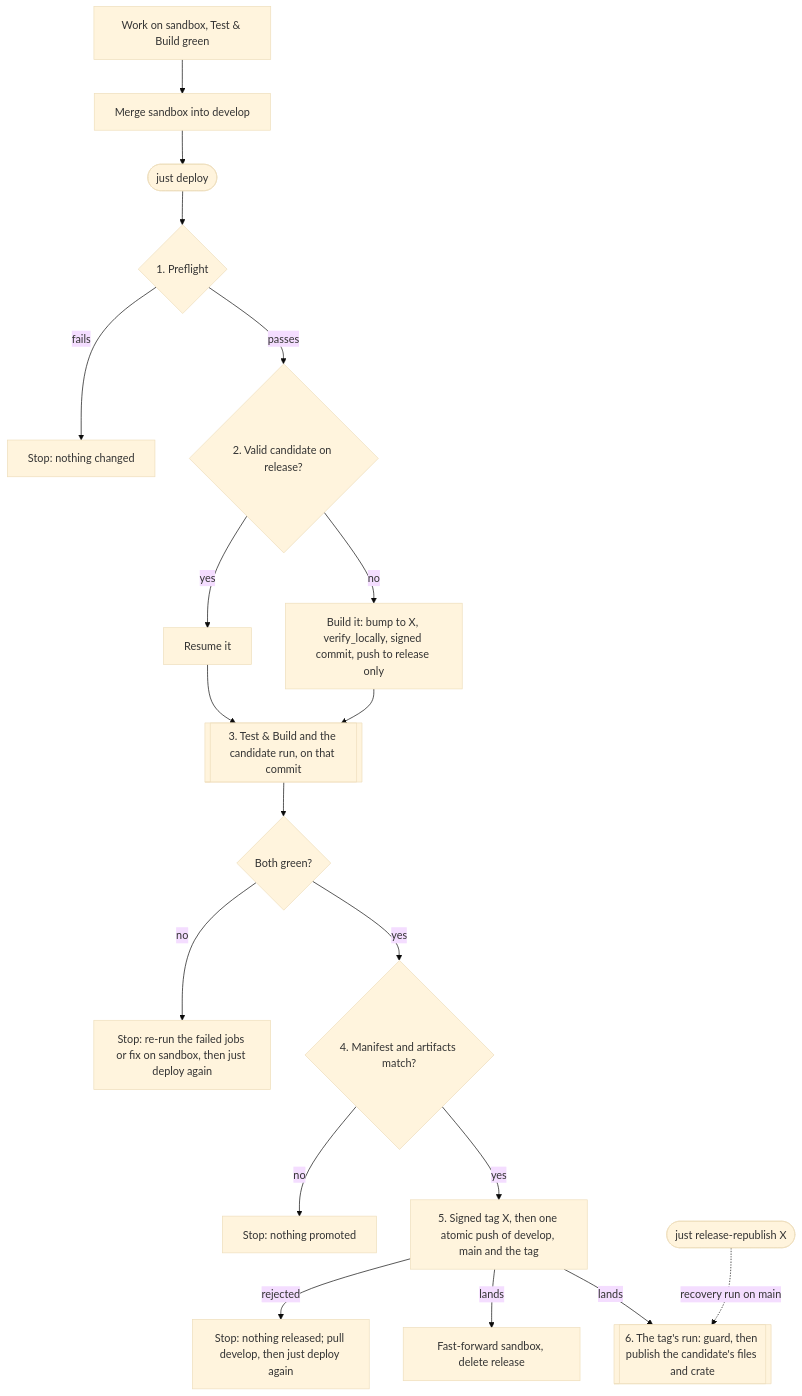
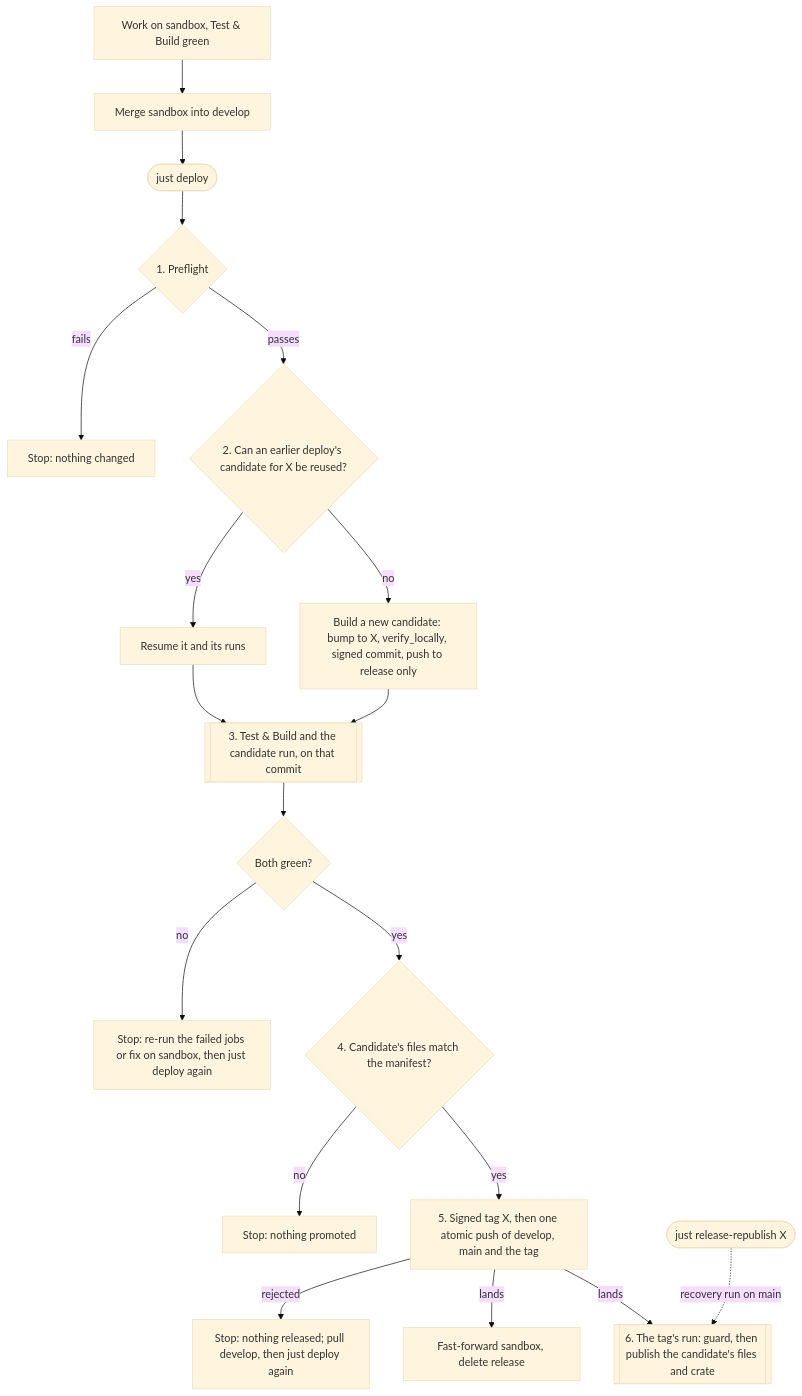
The first of 2 diagrams in README.md (nbari/cron-when), drawn with Mermaid (base theme) before and after one commit. The commit also changed other lines of this file, not shown here.

First line of the commit message:
Explain the release manifest and when a candidate is reused

````diff
--- a/README.md
+++ b/README.md
@@ -570,21 +570,21 @@
 ```mermaid
 flowchart TD
     work["Work on sandbox, Test & Build green"] --> merge["Merge sandbox into develop"]
     merge --> deploy(["just deploy"])
     deploy --> pre{"1. Preflight"}
     pre -- fails --> stop1["Stop: nothing changed"]
-    pre -- passes --> staged{"2. Valid candidate on release?"}
-    staged -- yes --> resume["Resume it"]
-    staged -- no --> build["Build it: bump to X, verify_locally, signed commit, push to release only"]
+    pre -- passes --> staged{"2. Can an earlier deploy's candidate for X be reused?"}
+    staged -- yes --> resume["Resume it and its runs"]
+    staged -- no --> build["Build a new candidate: bump to X, verify_locally, signed commit, push to release only"]
     resume --> runs
     build --> runs
     runs[["3. Test & Build and the candidate run, on that commit"]] --> green{"Both green?"}
     green -- no --> stop2["Stop: re-run the failed jobs or fix on sandbox, then just deploy again"]
-    green -- yes --> check{"4. Manifest and artifacts match?"}
+    green -- yes --> check{"4. Candidate's files match the manifest?"}
     check -- no --> stop3["Stop: nothing promoted"]
     check -- yes --> promote["5. Signed tag X, then one atomic push of develop, main and the tag"]
     promote -- rejected --> stop4["Stop: nothing released; pull develop, then just deploy again"]
     promote -- lands --> tidy["Fast-forward sandbox, delete release"]
     promote -- lands --> publish[["6. The tag's run: guard, then publish the candidate's files and crate"]]
     republish(["just release-republish X"]) -. recovery run on main .-> publish
 ```
````
